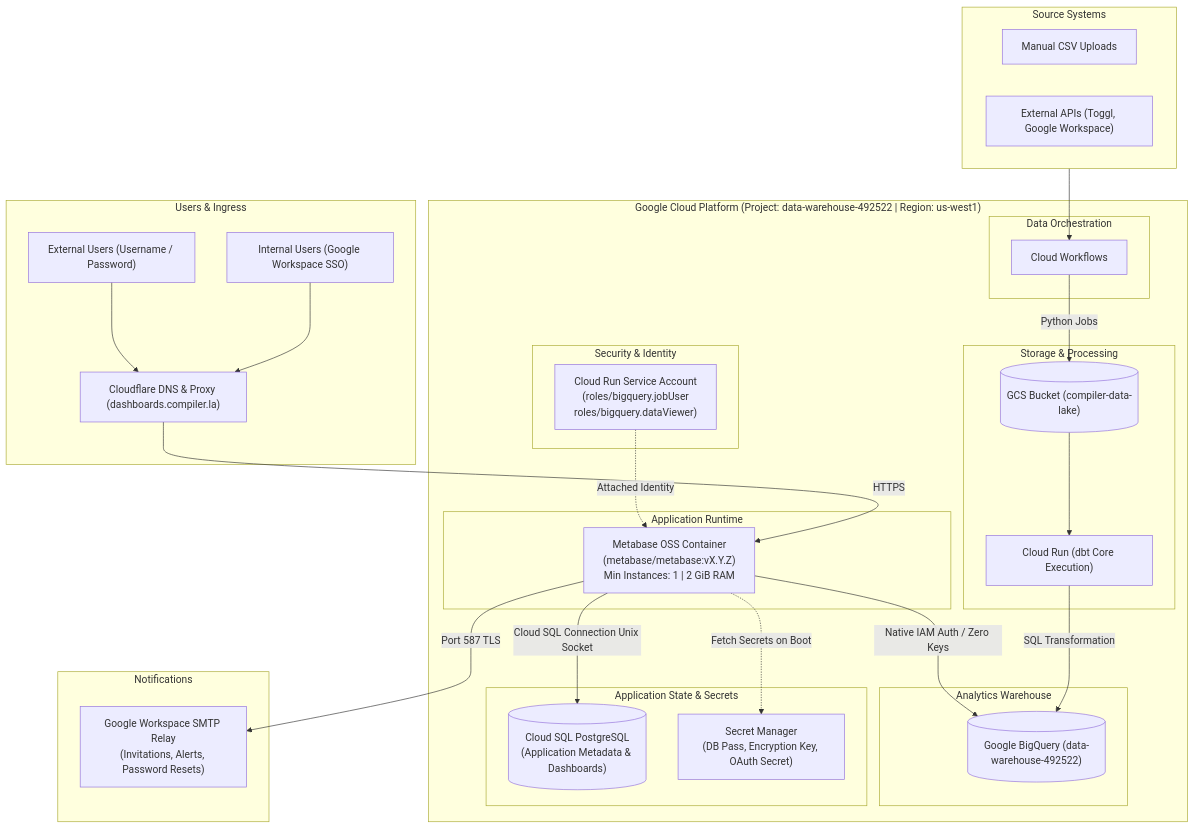
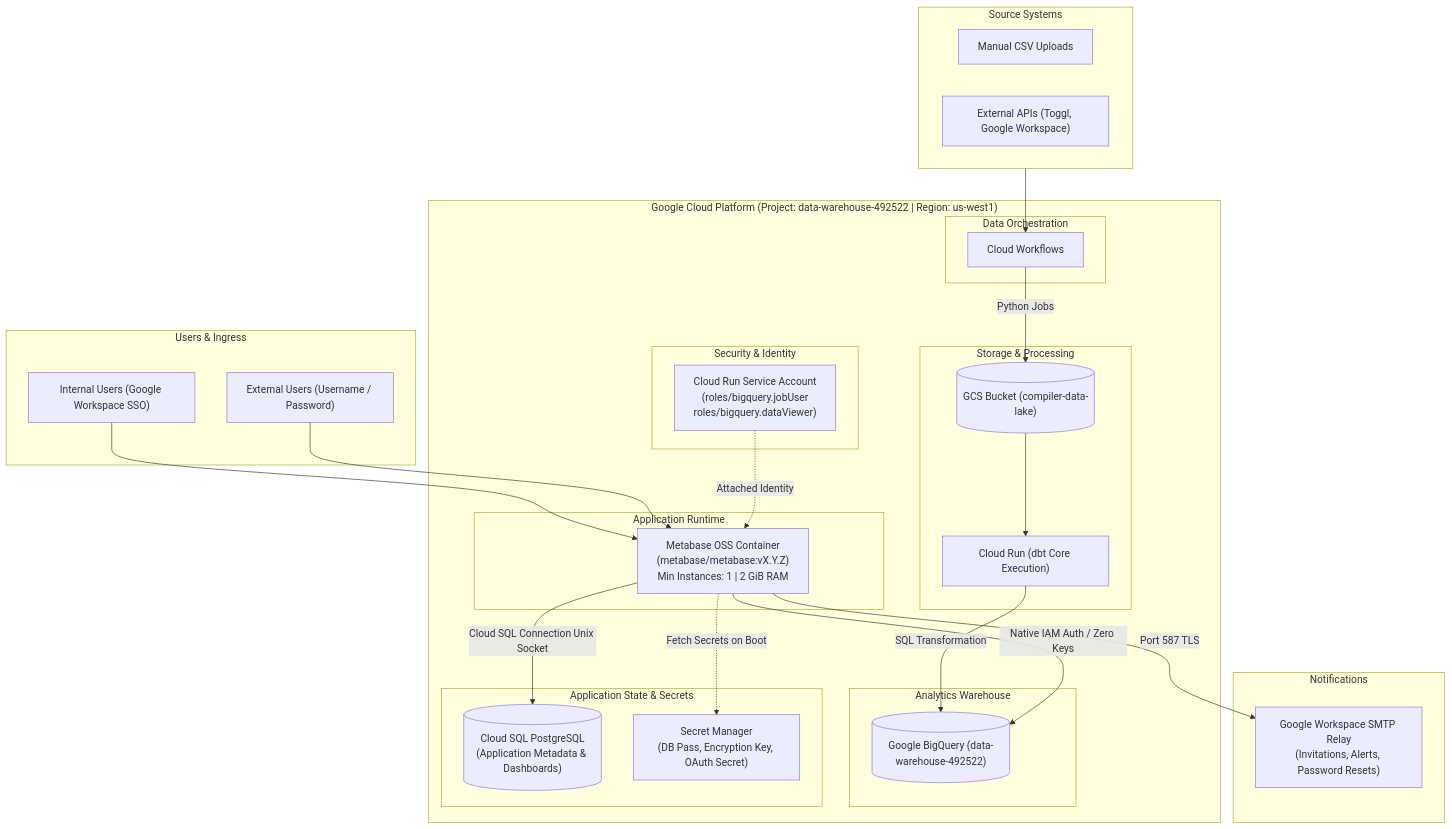
One commit to compilerla/dashboards changed the diagram in docs/explanation/architecture.md. Above: the diagram before and after it, drawn with Mermaid. The commit also changed other lines of this file and 16 other files, not shown here.

````diff
--- a/docs/explanation/architecture.md
+++ b/docs/explanation/architecture.md
@@ -7,61 +7,59 @@
 ```mermaid
 flowchart TD
     subgraph Users & Ingress
         U_Internal["Internal Users (Google Workspace SSO)"]
         U_External["External Users (Username / Password)"]
-        CF["Cloudflare DNS & Proxy (dashboards.compiler.la)"]
     end
 
     subgraph Sources ["Source Systems"]
         CSV["Manual CSV Uploads"]
         API["External APIs (Toggl, Google Workspace)"]
     end
 
     subgraph GCP ["Google Cloud Platform (Project: data-warehouse-492522 | Region: us-west1)"]
         subgraph Orchestration ["Data Orchestration"]
             Workflows["Cloud Workflows"]
         end
 
         subgraph Storage ["Storage & Processing"]
             GCS[("GCS Bucket (compiler-data-lake)")]
             dbtRun["Cloud Run (dbt Core Execution)"]
         end
 
         subgraph Analytics ["Analytics Warehouse"]
             BQ[("Google BigQuery (data-warehouse-492522)")]
         end
 
         subgraph CloudRun ["Application Runtime"]
             MB["Metabase OSS Container<br/>(metabase/metabase:vX.Y.Z)<br/>Min Instances: 1 | 2 GiB RAM"]
         end
 
         subgraph Storage_State ["Application State & Secrets"]
             CSQL[("Cloud SQL PostgreSQL<br/>(Application Metadata & Dashboards)")]
             SM["Secret Manager<br/>(DB Pass, Encryption Key, OAuth Secret)"]
         end
 
         subgraph IAM_Service ["Security & Identity"]
             SA["Cloud Run Service Account<br/>(roles/bigquery.jobUser<br/>roles/bigquery.dataViewer)"]
         end
     end
 
     subgraph Outbound ["Notifications"]
         GW_SMTP["Google Workspace SMTP Relay<br/>(Invitations, Alerts, Password Resets)"]
     end
 
-    U_Internal --> CF
-    U_External --> CF
-    CF -->|HTTPS| MB
+    U_Internal --> MB
+    U_External --> MB
 
     Sources --> Workflows
     Workflows -->|Python Jobs| GCS
     GCS --> dbtRun
     dbtRun -->|SQL Transformation| BQ
 
     MB -->|Cloud SQL Connection Unix Socket| CSQL
     MB -.->|Fetch Secrets on Boot| SM
     MB -->|Native IAM Auth / Zero Keys| BQ
     SA -.->|Attached Identity| MB
 
     MB -->|Port 587 TLS| GW_SMTP
 ```
````
